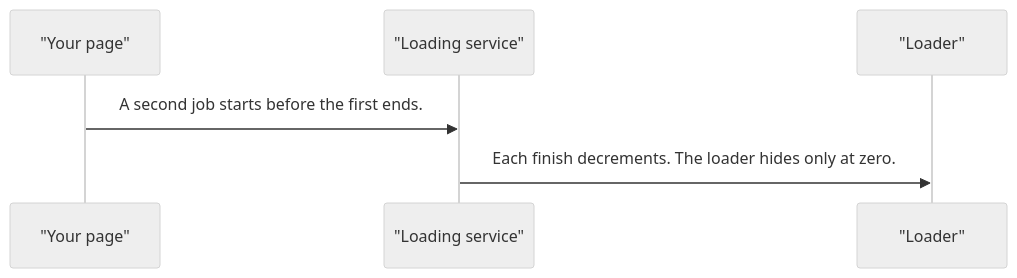
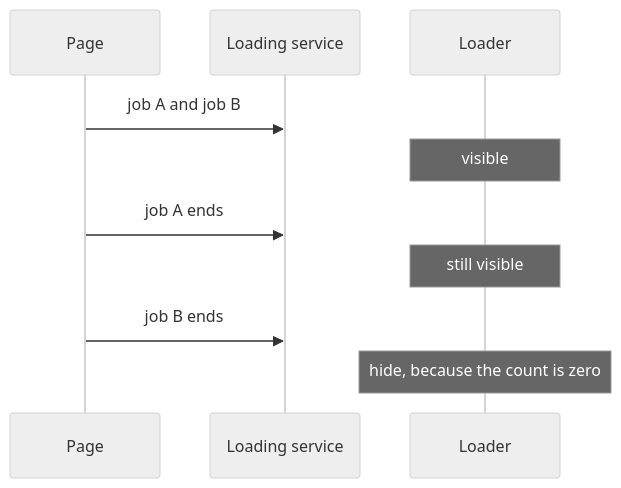
Before and after one commit to RajshekharBorate/pixel-ui: the third of 5 diagrams in projects/pixel-ui/src/lib/pixel-loader/DESIGN.md, drawn with Mermaid (neutral theme). The commit also changed other lines of this file and 73 other files, not shown here.

Commit message:
Explain who owns each value and what each flow does in every component and service design.

````diff
--- a/projects/pixel-ui/src/lib/pixel-loader/DESIGN.md
+++ b/projects/pixel-ui/src/lib/pixel-loader/DESIGN.md
@@ -69,8 +91,12 @@
 ```mermaid
 sequenceDiagram
-  participant page as "Your page"
-  participant service as "Loading service"
-  participant loader as "Loader"
-  page->>service: A second job starts before the first ends.
-  service->>loader: Each finish decrements. The loader hides only at zero.
+  participant Page
+  participant Service as Loading service
+  participant Loader
+  Page->>Service: job A and job B
+  Note over Loader: visible
+  Page->>Service: job A ends
+  Note over Loader: still visible
+  Page->>Service: job B ends
+  Note over Loader: hide, because the count is zero
 ```
````
